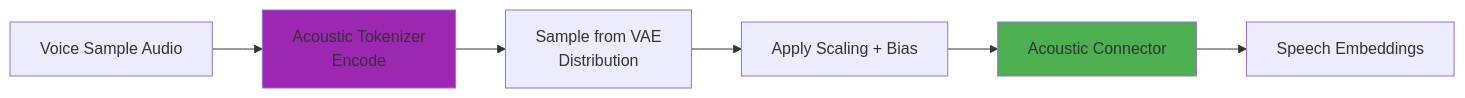
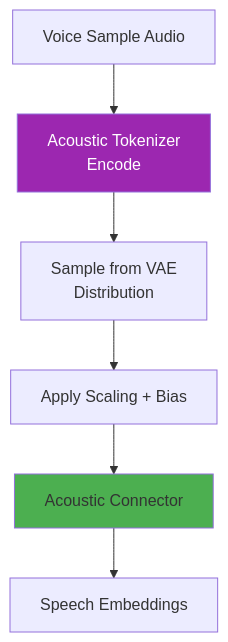
Diagram 12 of 19 in docs/vibevoice_inference_architecture.md (zhao-kun/vibevoice), drawn with Mermaid before and after one commit. The commit also changed other lines of this file, not shown here.

````diff
--- a/docs/vibevoice_inference_architecture.md
+++ b/docs/vibevoice_inference_architecture.md
@@ -521,11 +803,11 @@
 ```mermaid
-flowchart LR
+flowchart TD 
     A[Voice Sample Audio] --> B[Acoustic Tokenizer<br/>Encode]
     B --> C[Sample from VAE<br/>Distribution]
     C --> D[Apply Scaling + Bias]
     D --> E[Acoustic Connector]
     E --> F[Speech Embeddings]
 
-    style B fill:#9c27b0
+    style B fill:#9c27b0,color:#FFFFFF
     style E fill:#4caf50
 ```
````
